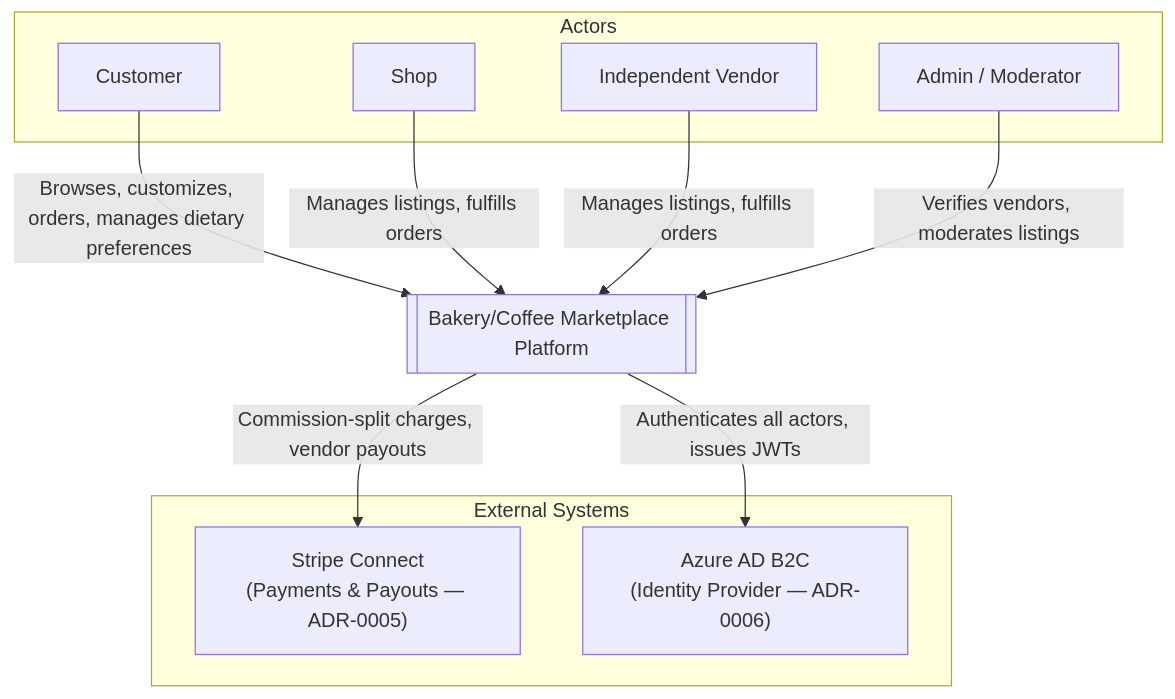
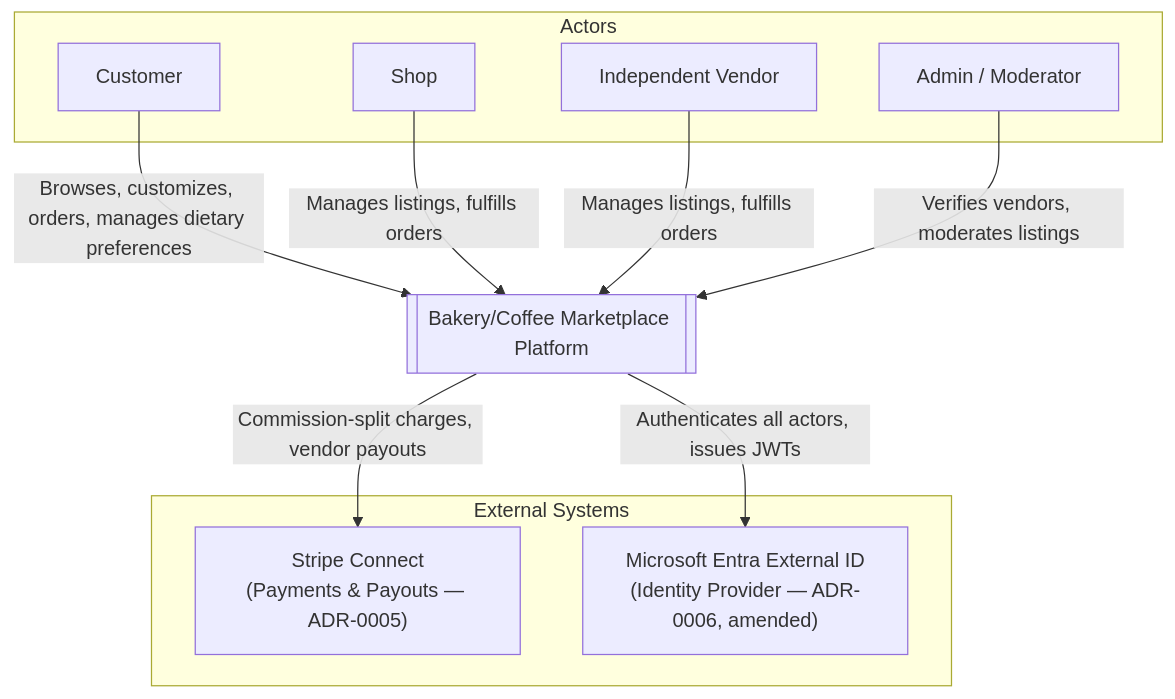
One commit to benjamin-hedrick/bakery-marketplace changed the diagram in docs/architecture/c4/context.md. Above: the diagram before and after it, drawn with Mermaid. The commit also changed other lines of this file and 263 other files, not shown here.

````diff
--- a/docs/architecture/c4/context.md
+++ b/docs/architecture/c4/context.md
@@ -5,24 +7,24 @@
 ```mermaid
 graph TB
     subgraph Actors
         CUST[Customer]
         SHOP[Shop]
         VEND[Independent Vendor]
         ADMIN[Admin / Moderator]
     end
 
     SYS[["Bakery/Coffee Marketplace Platform"]]
 
     subgraph External Systems
         STRIPE["Stripe Connect<br/>(Payments & Payouts — ADR-0005)"]
-        B2C["Azure AD B2C<br/>(Identity Provider — ADR-0006)"]
+        IDP["Microsoft Entra External ID<br/>(Identity Provider — ADR-0006, amended)"]
     end
 
     CUST -->|"Browses, customizes, orders, manages dietary preferences"| SYS
     SHOP -->|"Manages listings, fulfills orders"| SYS
     VEND -->|"Manages listings, fulfills orders"| SYS
     ADMIN -->|"Verifies vendors, moderates listings"| SYS
 
     SYS -->|"Commission-split charges, vendor payouts"| STRIPE
-    SYS -->|"Authenticates all actors, issues JWTs"| B2C
+    SYS -->|"Authenticates all actors, issues JWTs"| IDP
 ```
````
